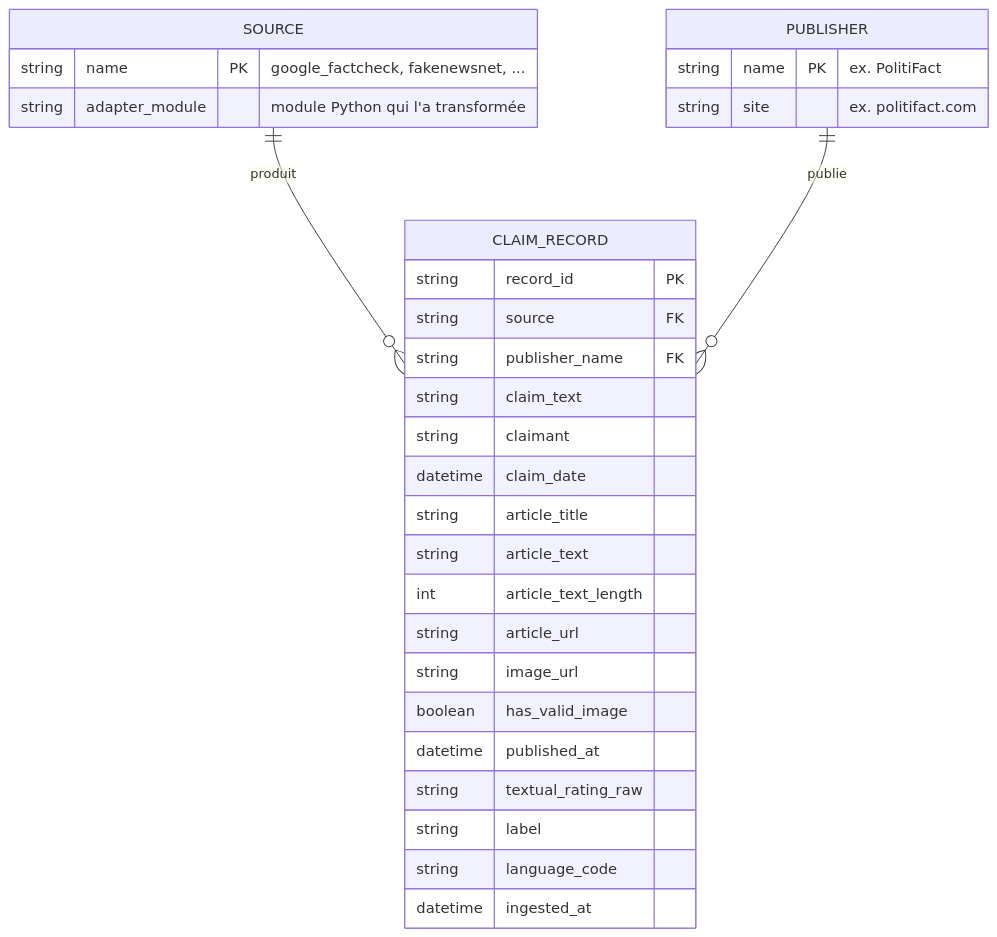
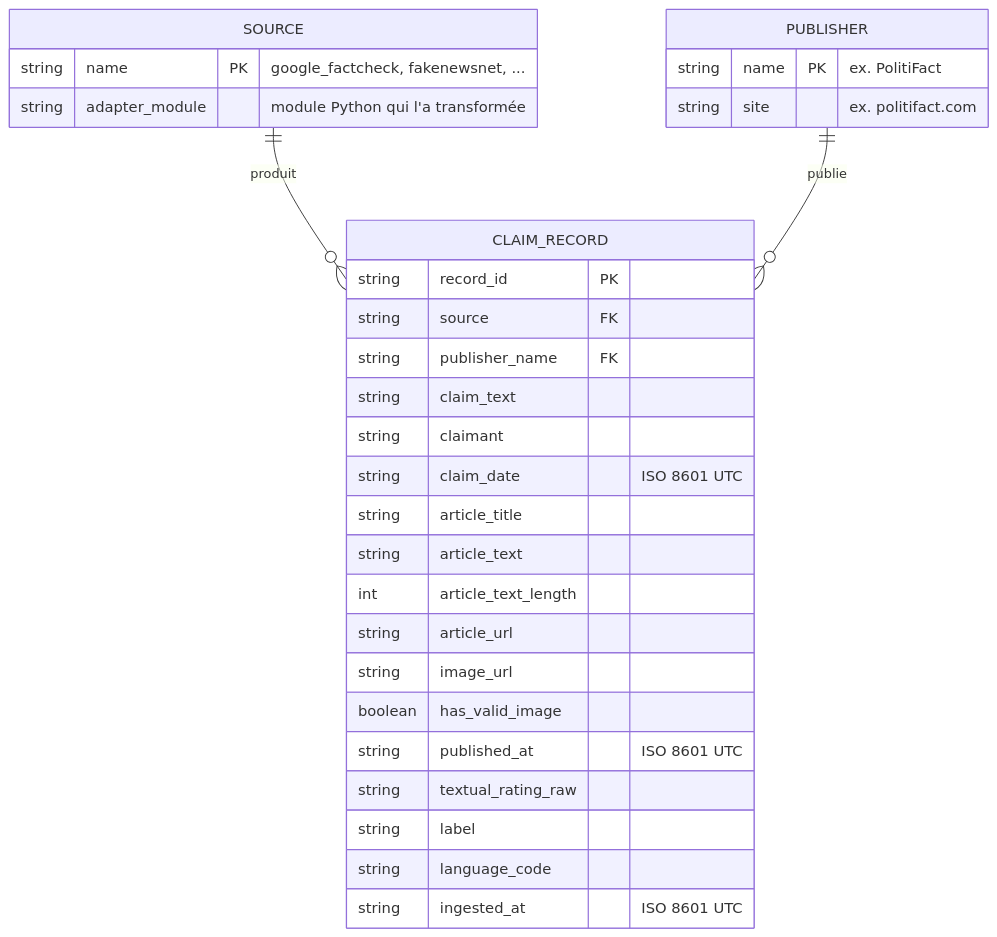
Before and after one commit to ObiYohan/Projet_12: the diagram in docs/schema_conceptuel.md, drawn with Mermaid. The commit also changed other lines of this file and 24 other files, not shown here.

````diff
--- a/docs/schema_conceptuel.md
+++ b/docs/schema_conceptuel.md
@@ -11,35 +11,35 @@
 ```mermaid
 erDiagram
     SOURCE ||--o{ CLAIM_RECORD : produit
     PUBLISHER ||--o{ CLAIM_RECORD : publie
 
     SOURCE {
         string name PK "google_factcheck, fakenewsnet, ..."
         string adapter_module "module Python qui l'a transformée"
     }
 
     PUBLISHER {
         string name PK "ex. PolitiFact"
         string site "ex. politifact.com"
     }
 
     CLAIM_RECORD {
         string record_id PK
         string source FK
         string publisher_name FK
         string claim_text
         string claimant
-        datetime claim_date
+        string claim_date "ISO 8601 UTC"
         string article_title
         string article_text
         int article_text_length
         string article_url
         string image_url
         boolean has_valid_image
-        datetime published_at
+        string published_at "ISO 8601 UTC"
         string textual_rating_raw
         string label
         string language_code
-        datetime ingested_at
+        string ingested_at "ISO 8601 UTC"
     }
 ```
````
